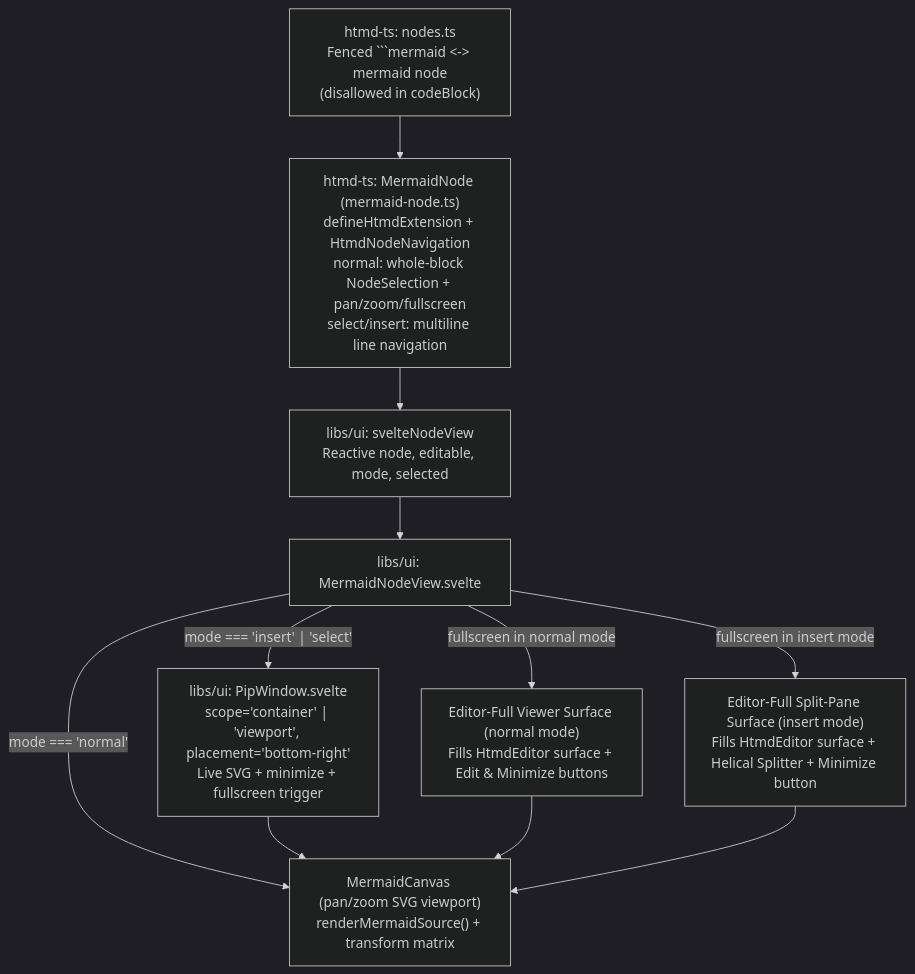
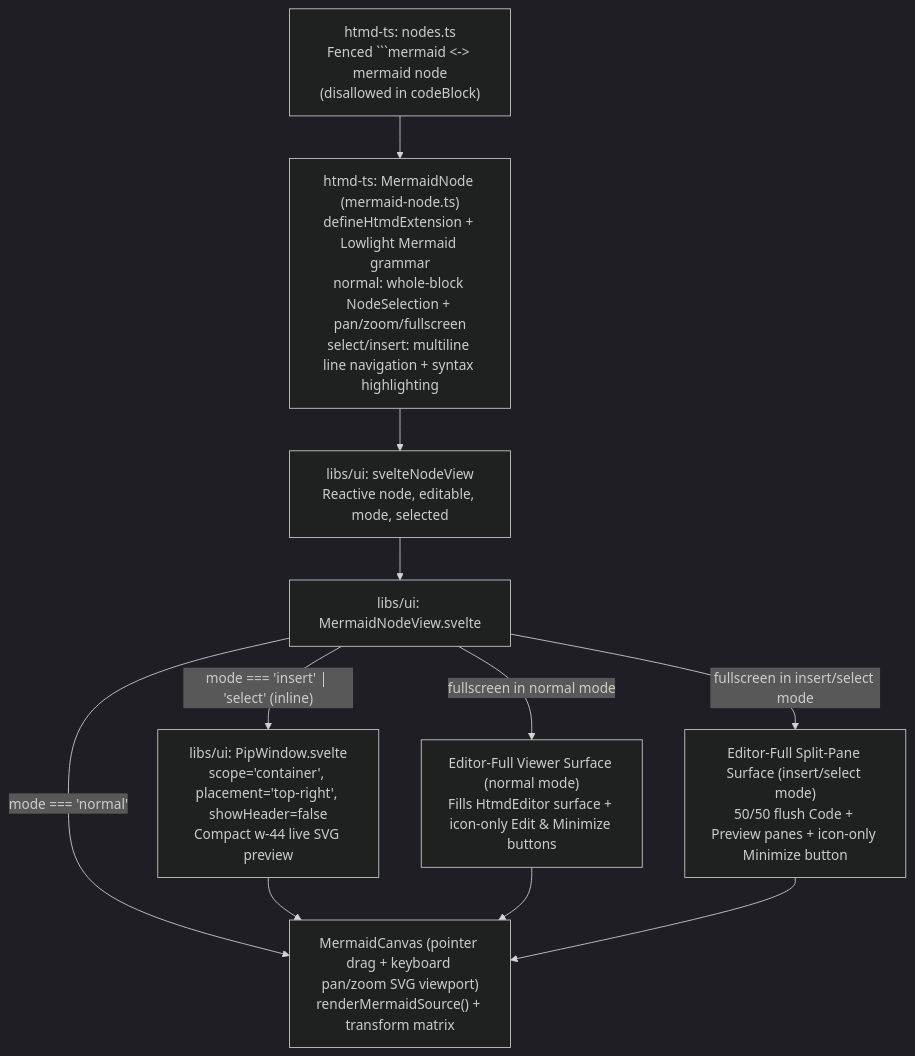
One commit to hypertextual/hypertextual changed the first of 2 diagrams in docs/architecture/ui/htmd-editor/mermaid.md. Above: the diagram before and after it, drawn with Mermaid (dark theme). The commit also changed other lines of this file and 11 other files, not shown here.

First line of the commit message:
feat(editor): refine MermaidNodeView PiP, split view, syntax highlighting, and Ctrl+w z

````diff
--- a/docs/architecture/ui/htmd-editor/mermaid.md
+++ b/docs/architecture/ui/htmd-editor/mermaid.md
@@ -39,19 +39,19 @@
 ```mermaid
 flowchart TD
     Codec["htmd-ts: nodes.ts<br/>Fenced ```mermaid <-> mermaid node<br/>(disallowed in codeBlock)"]
-    Ext["htmd-ts: MermaidNode (mermaid-node.ts)<br/>defineHtmdExtension + HtmdNodeNavigation<br/>normal: whole-block NodeSelection + pan/zoom/fullscreen<br/>select/insert: multiline line navigation"]
+    Ext["htmd-ts: MermaidNode (mermaid-node.ts)<br/>defineHtmdExtension + Lowlight Mermaid grammar<br/>normal: whole-block NodeSelection + pan/zoom/fullscreen<br/>select/insert: multiline line navigation + syntax highlighting"]
     Adapter["libs/ui: svelteNodeView<br/>Reactive node, editable, mode, selected"]
     View["libs/ui: MermaidNodeView.svelte"]
-    Canvas["MermaidCanvas (pan/zoom SVG viewport)<br/>renderMermaidSource() + transform matrix"]
-    PiP["libs/ui: PipWindow.svelte<br/>scope='container' | 'viewport', placement='bottom-right'<br/>Live SVG + minimize + fullscreen trigger"]
-    FSView["Editor-Full Viewer Surface (normal mode)<br/>Fills HtmdEditor surface + Edit & Minimize buttons"]
-    FSSplit["Editor-Full Split-Pane Surface (insert mode)<br/>Fills HtmdEditor surface + Helical Splitter + Minimize button"]
+    Canvas["MermaidCanvas (pointer drag + keyboard pan/zoom SVG viewport)<br/>renderMermaidSource() + transform matrix"]
+    PiP["libs/ui: PipWindow.svelte<br/>scope='container', placement='top-right', showHeader=false<br/>Compact w-44 live SVG preview"]
+    FSView["Editor-Full Viewer Surface (normal mode)<br/>Fills HtmdEditor surface + icon-only Edit & Minimize buttons"]
+    FSSplit["Editor-Full Split-Pane Surface (insert/select mode)<br/>50/50 flush Code + Preview panes + icon-only Minimize button"]
 
     Codec --> Ext --> Adapter --> View
     View -->|"mode === 'normal'"| Canvas
-    View -->|"mode === 'insert' | 'select'"| PiP
+    View -->|"mode === 'insert' | 'select' (inline)"| PiP
     PiP --> Canvas
     View -->|"fullscreen in normal mode"| FSView
-    View -->|"fullscreen in insert mode"| FSSplit
+    View -->|"fullscreen in insert/select mode"| FSSplit
     FSView & FSSplit --> Canvas
 ```
````
